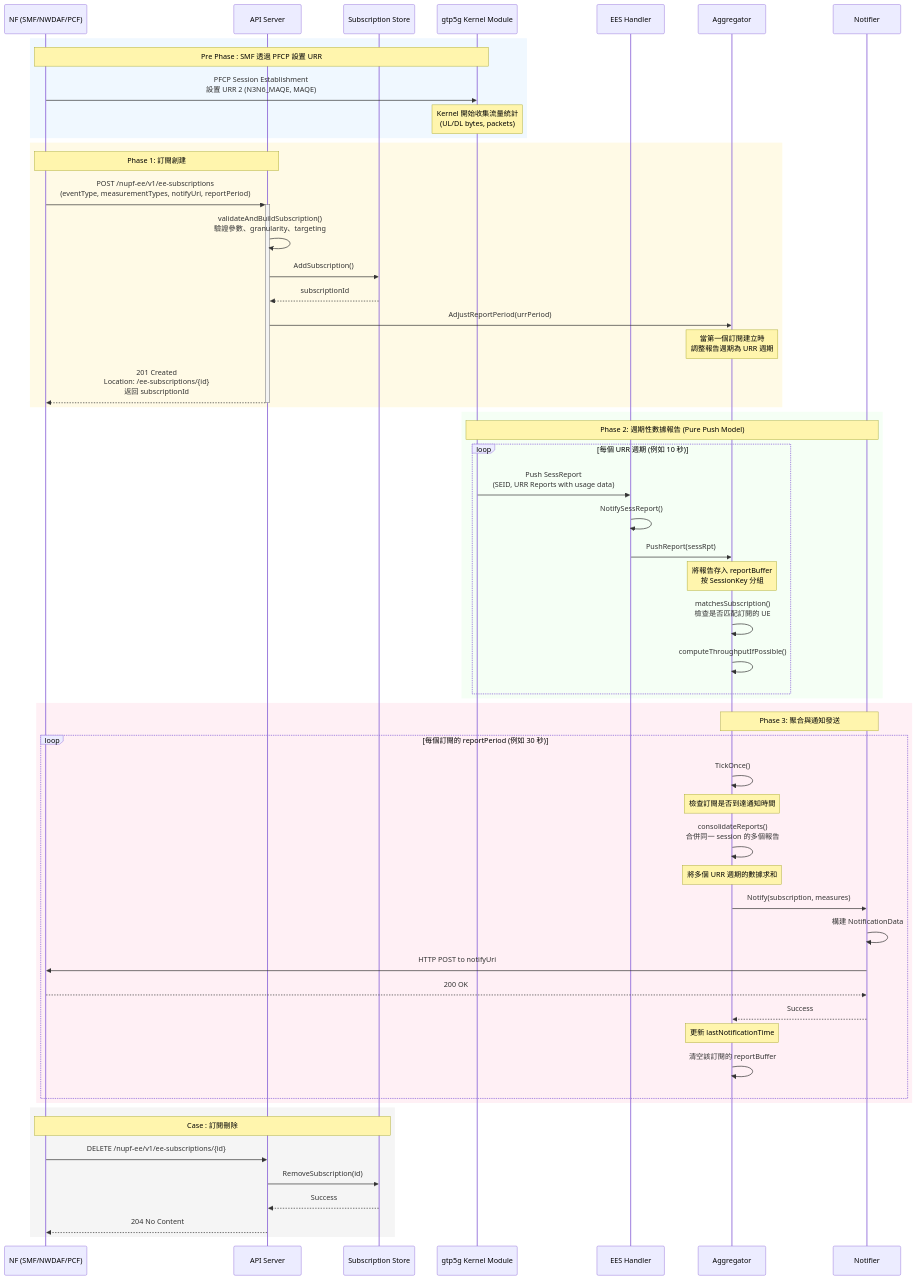
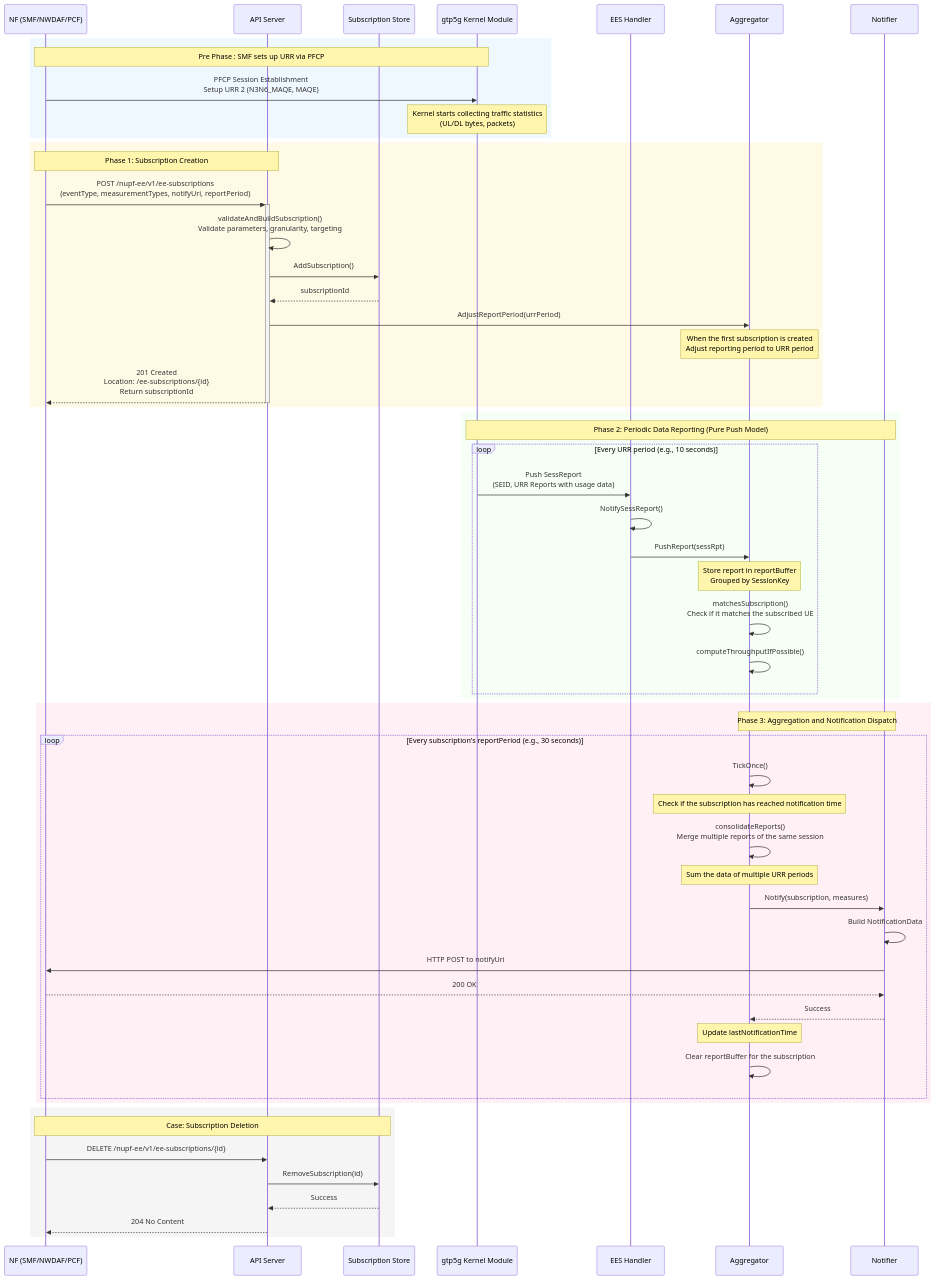
The second of 2 diagrams in README.md (Intelligent-Systems-Lab/go-upf), drawn with Mermaid before and after one commit. The commit also changed other lines of this file and 9 other files, not shown here.

````diff
--- a/README.md
+++ b/README.md
@@ -141,69 +143,69 @@
 ```mermaid
 sequenceDiagram
     participant NF as NF (SMF/NWDAF/PCF)
     participant API as API Server
     participant Store as Subscription Store
     participant Kernel as gtp5g Kernel Module
     participant Handler as EES Handler
     participant Aggregator as Aggregator
     participant Notifier as Notifier
 
-    %% 顏色定義 (使用淺色系)
+    %% Color definitions (using light colors)
     rect rgb(240, 248, 255)
-    Note over NF,Kernel: Pre Phase : SMF 透過 PFCP 設置 URR
-    NF->>Kernel: PFCP Session Establishment<br/>設置 URR 2 (N3N6_MAQE, MAQE)
-    Note over Kernel: Kernel 開始收集流量統計<br/>(UL/DL bytes, packets)
+    Note over NF,Kernel: Pre Phase : SMF sets up URR via PFCP
+    NF->>Kernel: PFCP Session Establishment<br/>Setup URR 2 (N3N6_MAQE, MAQE)
+    Note over Kernel: Kernel starts collecting traffic statistics<br/>(UL/DL bytes, packets)
     end
 
     rect rgb(255, 250, 230)
-    %% Phase 1: 訂閱創建
-    Note over NF,API: Phase 1: 訂閱創建
+    %% Phase 1: Subscription Creation
+    Note over NF,API: Phase 1: Subscription Creation
     NF->>+API: POST /nupf-ee/v1/ee-subscriptions<br/>(eventType, measurementTypes, notifyUri, reportPeriod)
-    API->>API: validateAndBuildSubscription()<br/>驗證參數、granularity、targeting
+    API->>API: validateAndBuildSubscription()<br/>Validate parameters, granularity, targeting
     API->>Store: AddSubscription()
     Store-->>API: subscriptionId
     API->>Aggregator: AdjustReportPeriod(urrPeriod)
-    Note over Aggregator: 當第一個訂閱建立時<br/>調整報告週期為 URR 週期
-    API-->>-NF: 201 Created<br/>Location: /ee-subscriptions/{id}<br/>返回 subscriptionId
+    Note over Aggregator: When the first subscription is created<br/>Adjust reporting period to URR period
+    API-->>-NF: 201 Created<br/>Location: /ee-subscriptions/{id}<br/>Return subscriptionId
     end
 
     rect rgb(245, 255, 245)
-    %% Phase 2: 週期性報告推送
-    Note over Kernel,Notifier: Phase 2: 週期性數據報告 (Pure Push Model)
-    loop 每個 URR 週期 (例如 10 秒)
+    %% Phase 2: Periodic Report Push
+    Note over Kernel,Notifier: Phase 2: Periodic Data Reporting (Pure Push Model)
+    loop Every URR period (e.g., 10 seconds)
         Kernel->>Handler: Push SessReport<br/>(SEID, URR Reports with usage data)
         Handler->>Handler: NotifySessReport()
         Handler->>Aggregator: PushReport(sessRpt)
-        Note over Aggregator: 將報告存入 reportBuffer<br/>按 SessionKey 分組
-        Aggregator->>Aggregator: matchesSubscription()<br/>檢查是否匹配訂閱的 UE
+        Note over Aggregator: Store report in reportBuffer<br/>Grouped by SessionKey
+        Aggregator->>Aggregator: matchesSubscription()<br/>Check if it matches the subscribed UE
         Aggregator->>Aggregator: computeThroughputIfPossible()
     end
     end
 
     rect rgb(255, 240, 245)
-    %% Phase 3: 聚合與通知
-    Note over Aggregator,Notifier: Phase 3: 聚合與通知發送
-    loop 每個訂閱的 reportPeriod (例如 30 秒)
+    %% Phase 3: Aggregation and Notification
+    Note over Aggregator,Notifier: Phase 3: Aggregation and Notification Dispatch
+    loop Every subscription's reportPeriod (e.g., 30 seconds)
         Aggregator->>Aggregator: TickOnce()
-        Note over Aggregator: 檢查訂閱是否到達通知時間
-        Aggregator->>Aggregator: consolidateReports()<br/>合併同一 session 的多個報告
-        Note over Aggregator: 將多個 URR 週期的數據求和
+        Note over Aggregator: Check if the subscription has reached notification time
+        Aggregator->>Aggregator: consolidateReports()<br/>Merge multiple reports of the same session
+        Note over Aggregator: Sum the data of multiple URR periods
         Aggregator->>Notifier: Notify(subscription, measures)
-        Notifier->>Notifier: 構建 NotificationData
+        Notifier->>Notifier: Build NotificationData
         Notifier->>NF: HTTP POST to notifyUri
         NF-->>Notifier: 200 OK
         Notifier-->>Aggregator: Success
-        Note over Aggregator: 更新 lastNotificationTime
-        Aggregator->>Aggregator: 清空該訂閱的 reportBuffer
+        Note over Aggregator: Update lastNotificationTime
+        Aggregator->>Aggregator: Clear reportBuffer for the subscription
     end
     end
 
     rect rgb(245, 245, 245)
-    %% Case : 訂閱刪除
-    Note over NF,Store: Case : 訂閱刪除
+    %% Case: Subscription Deletion
+    Note over NF,Store: Case: Subscription Deletion
     NF->>API: DELETE /nupf-ee/v1/ee-subscriptions/{id}
     API->>Store: RemoveSubscription(id)
     Store-->>API: Success
     API-->>NF: 204 No Content
     end
 ```
````
